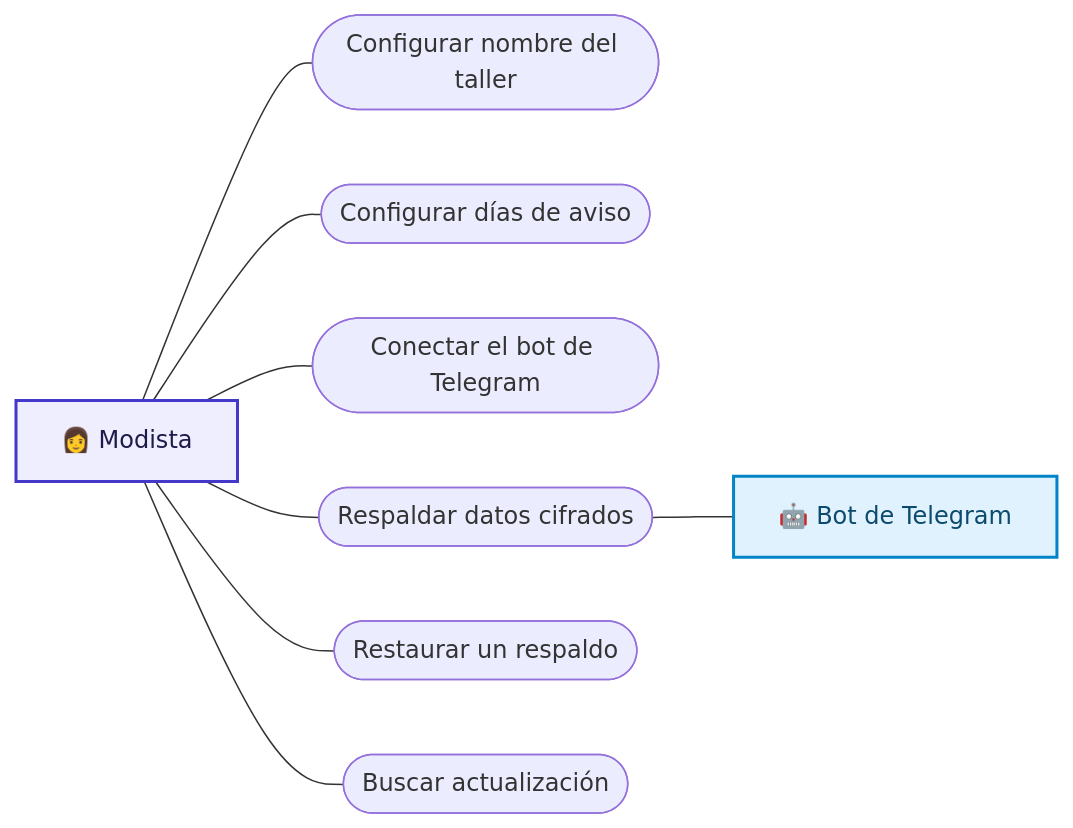
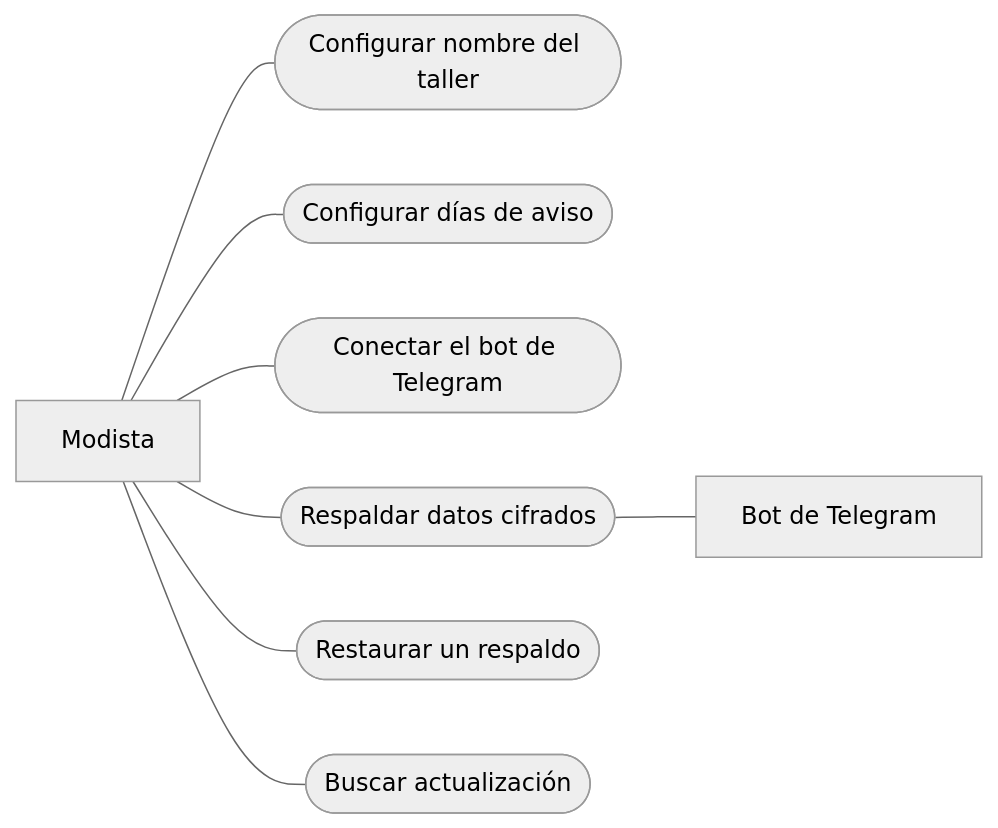
One commit to Aryannext/Costura-app changed the seventh of 16 diagrams in docs/02-diseno/DIAGRAMAS.md. Above: the diagram before and after it, drawn with Mermaid. The commit also changed other lines of this file and 4 other files, not shown here.

First line of the commit message:
P1-7: el aviso de las 8:00 comprueba el permiso de alarmas exactas; diagramas sin emojis ni colores

````diff
--- a/docs/02-diseno/DIAGRAMAS.md
+++ b/docs/02-diseno/DIAGRAMAS.md
@@ -365,22 +362,20 @@
 ```mermaid
+%%{init: {'theme': 'neutral'}}%%
 flowchart LR
-    M["👩 Modista"]:::actor
+    M["Modista"]
     K1(["Configurar nombre del taller"])
     K2(["Configurar días de aviso"])
     K3(["Conectar el bot de Telegram"])
     K4(["Respaldar datos cifrados"])
     K5(["Restaurar un respaldo"])
     K6(["Buscar actualización"])
-    TG["🤖 Bot de Telegram"]:::externo
+    TG["Bot de Telegram"]
 
     M --- K1
     M --- K2
     M --- K3
     M --- K4
     M --- K5
     M --- K6
     K4 --- TG
-
-    classDef actor fill:#eef,stroke:#4338ca,stroke-width:2px,color:#1e1b4b
-    classDef externo fill:#e0f2fe,stroke:#0284c7,stroke-width:2px,color:#0c4a6e
 ```
````
